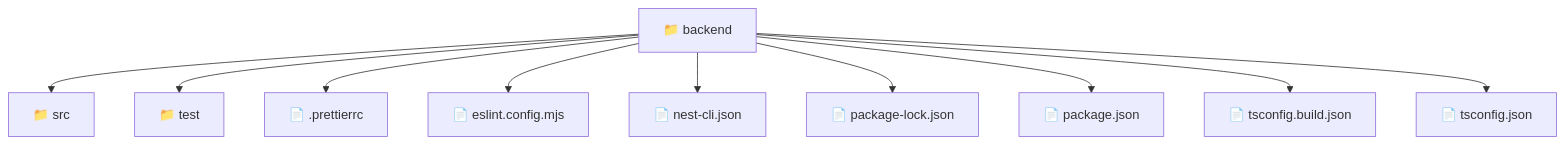
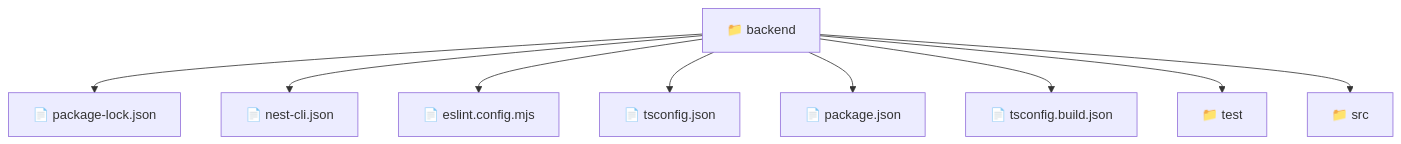
The diagram in backend/README.md (beginwebdev2002/fullstack-mavluda), drawn with Mermaid before and after one commit. The commit also changed other lines of this file and 164 other files, not shown here.

First line of the commit message:
docs: generate robust autonomous architectural documentation

````diff
--- a/backend/README.md
+++ b/backend/README.md
@@ -9,13 +11,12 @@
 ```mermaid
 graph TD
-  Root["📁 backend"]
-  Root --> src["📁 src"]
-  Root --> test["📁 test"]
-  Root --> _prettierrc["📄 .prettierrc"]
-  Root --> eslint_config_mjs["📄 eslint.config.mjs"]
-  Root --> nest_cli_json["📄 nest-cli.json"]
-  Root --> package_lock_json["📄 package-lock.json"]
-  Root --> package_json["📄 package.json"]
-  Root --> tsconfig_build_json["📄 tsconfig.build.json"]
-  Root --> tsconfig_json["📄 tsconfig.json"]
+    f_backend["📁 backend"]
+    f_backend --> f_package_lock_json["📄 package-lock.json"]
+    f_backend --> f_nest_cli_json["📄 nest-cli.json"]
+    f_backend --> f_eslint_config_mjs["📄 eslint.config.mjs"]
+    f_backend --> f_tsconfig_json["📄 tsconfig.json"]
+    f_backend --> f_package_json["📄 package.json"]
+    f_backend --> f_tsconfig_build_json["📄 tsconfig.build.json"]
+    f_backend --> f_test["📁 test"]
+    f_backend --> f_src["📁 src"]
 ```
````
